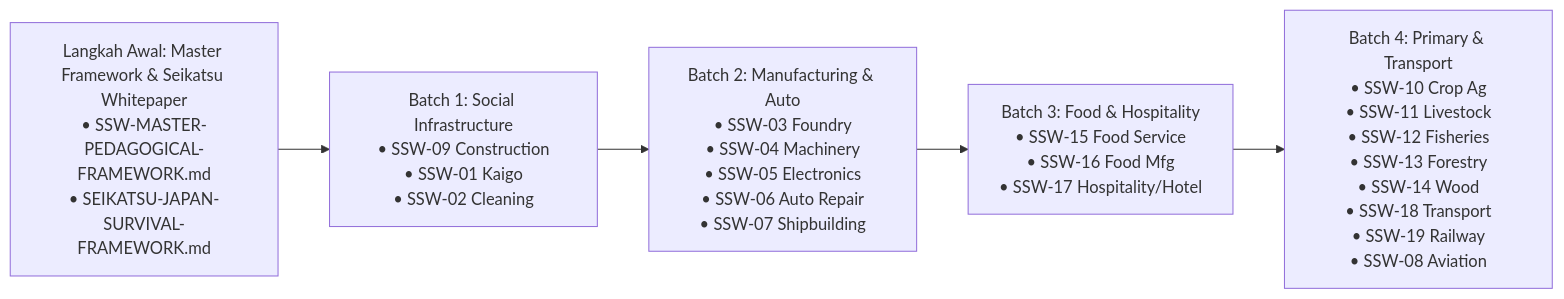
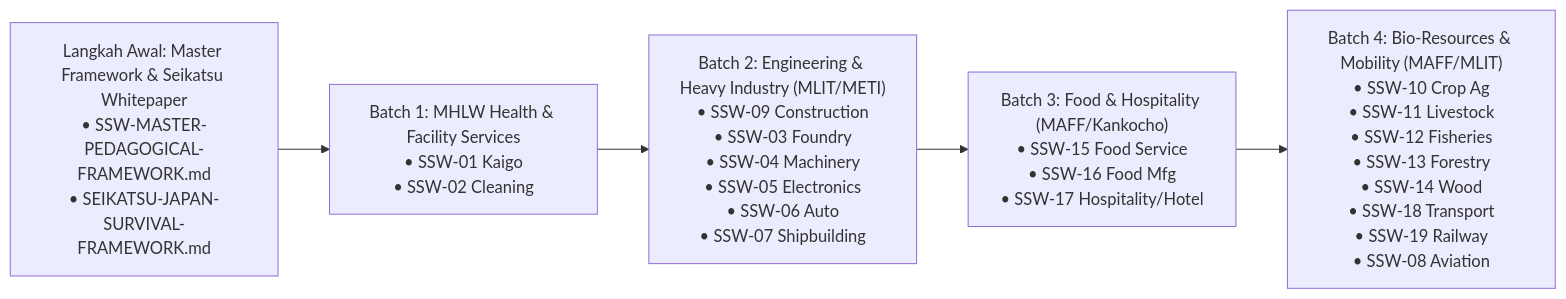
The second of 2 diagrams in corpus/pedagogy/SSW-MASTER-PEDAGOGICAL-RESEARCH-PLAN-v4.md (nuggetenak/nugget-nihongo), drawn with Mermaid before and after one commit. The commit also changed other lines of this file, not shown here.

Commit message:
docs(pedagogy): update master research plan to v4.1 (100% bias-free, sector-native terminology & MHLW Batch 1 restructuring)

````diff
--- a/corpus/pedagogy/SSW-MASTER-PEDAGOGICAL-RESEARCH-PLAN-v4.md
+++ b/corpus/pedagogy/SSW-MASTER-PEDAGOGICAL-RESEARCH-PLAN-v4.md
@@ -212,10 +214,10 @@
 ```mermaid
 flowchart LR
     M["Langkah Awal: Master Framework & Seikatsu Whitepaper<br>• SSW-MASTER-PEDAGOGICAL-FRAMEWORK.md<br>• SEIKATSU-JAPAN-SURVIVAL-FRAMEWORK.md"]
-    B1["Batch 1: Social Infrastructure<br>• SSW-09 Construction<br>• SSW-01 Kaigo<br>• SSW-02 Cleaning"]
-    B2["Batch 2: Manufacturing & Auto<br>• SSW-03 Foundry<br>• SSW-04 Machinery<br>• SSW-05 Electronics<br>• SSW-06 Auto Repair<br>• SSW-07 Shipbuilding"]
-    B3["Batch 3: Food & Hospitality<br>• SSW-15 Food Service<br>• SSW-16 Food Mfg<br>• SSW-17 Hospitality/Hotel"]
-    B4["Batch 4: Primary & Transport<br>• SSW-10 Crop Ag<br>• SSW-11 Livestock<br>• SSW-12 Fisheries<br>• SSW-13 Forestry<br>• SSW-14 Wood<br>• SSW-18 Transport<br>• SSW-19 Railway<br>• SSW-08 Aviation"]
+    B1["Batch 1: MHLW Health & Facility Services<br>• SSW-01 Kaigo<br>• SSW-02 Cleaning"]
+    B2["Batch 2: Engineering & Heavy Industry (MLIT/METI)<br>• SSW-09 Construction<br>• SSW-03 Foundry<br>• SSW-04 Machinery<br>• SSW-05 Electronics<br>• SSW-06 Auto<br>• SSW-07 Shipbuilding"]
+    B3["Batch 3: Food & Hospitality (MAFF/Kankocho)<br>• SSW-15 Food Service<br>• SSW-16 Food Mfg<br>• SSW-17 Hospitality/Hotel"]
+    B4["Batch 4: Bio-Resources & Mobility (MAFF/MLIT)<br>• SSW-10 Crop Ag<br>• SSW-11 Livestock<br>• SSW-12 Fisheries<br>• SSW-13 Forestry<br>• SSW-14 Wood<br>• SSW-18 Transport<br>• SSW-19 Railway<br>• SSW-08 Aviation"]
 
     M --> B1 --> B2 --> B3 --> B4
 ```
````
